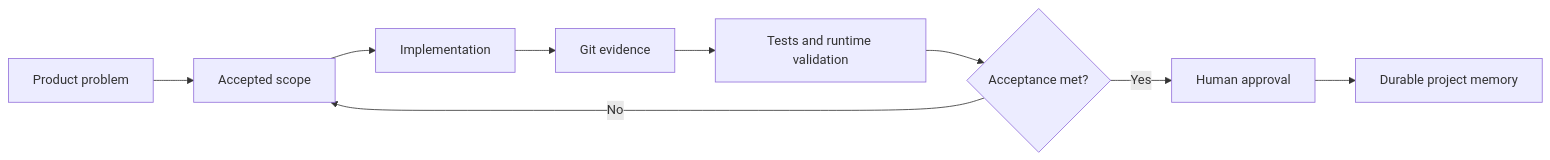
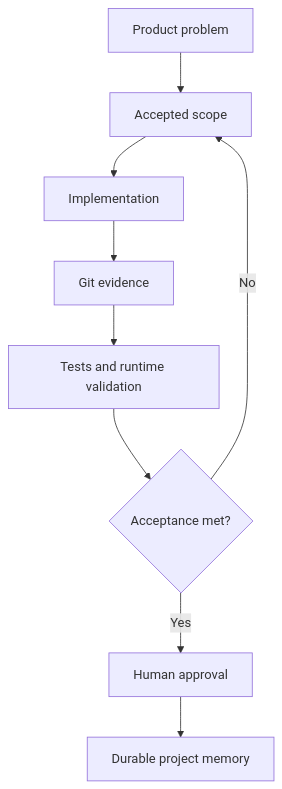
One commit to Charles-drZ/Charles-drZ changed the diagram in README.md. Above: the diagram before and after it, drawn with Mermaid.

Commit message:
docs: make workflow diagram mobile friendly (#6)

````diff
--- a/README.md
+++ b/README.md
@@ -75,11 +75,11 @@
 ```mermaid
-flowchart LR
+flowchart TD
     A[Product problem] --> B[Accepted scope]
     B --> C[Implementation]
     C --> D[Git evidence]
     D --> E[Tests and runtime validation]
     E --> F{Acceptance met?}
     F -- No --> B
     F -- Yes --> G[Human approval]
     G --> H[Durable project memory]
 ```
````
